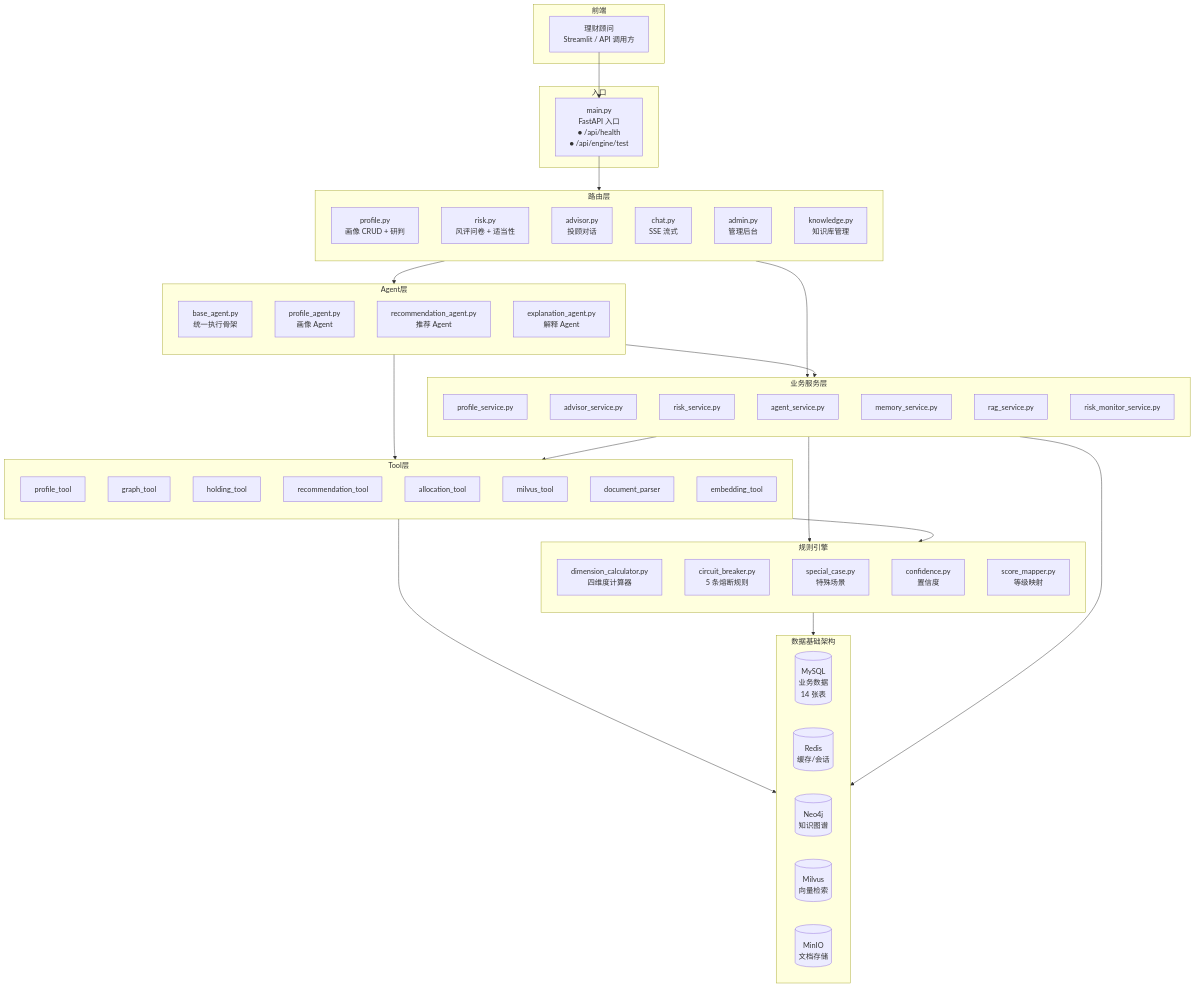
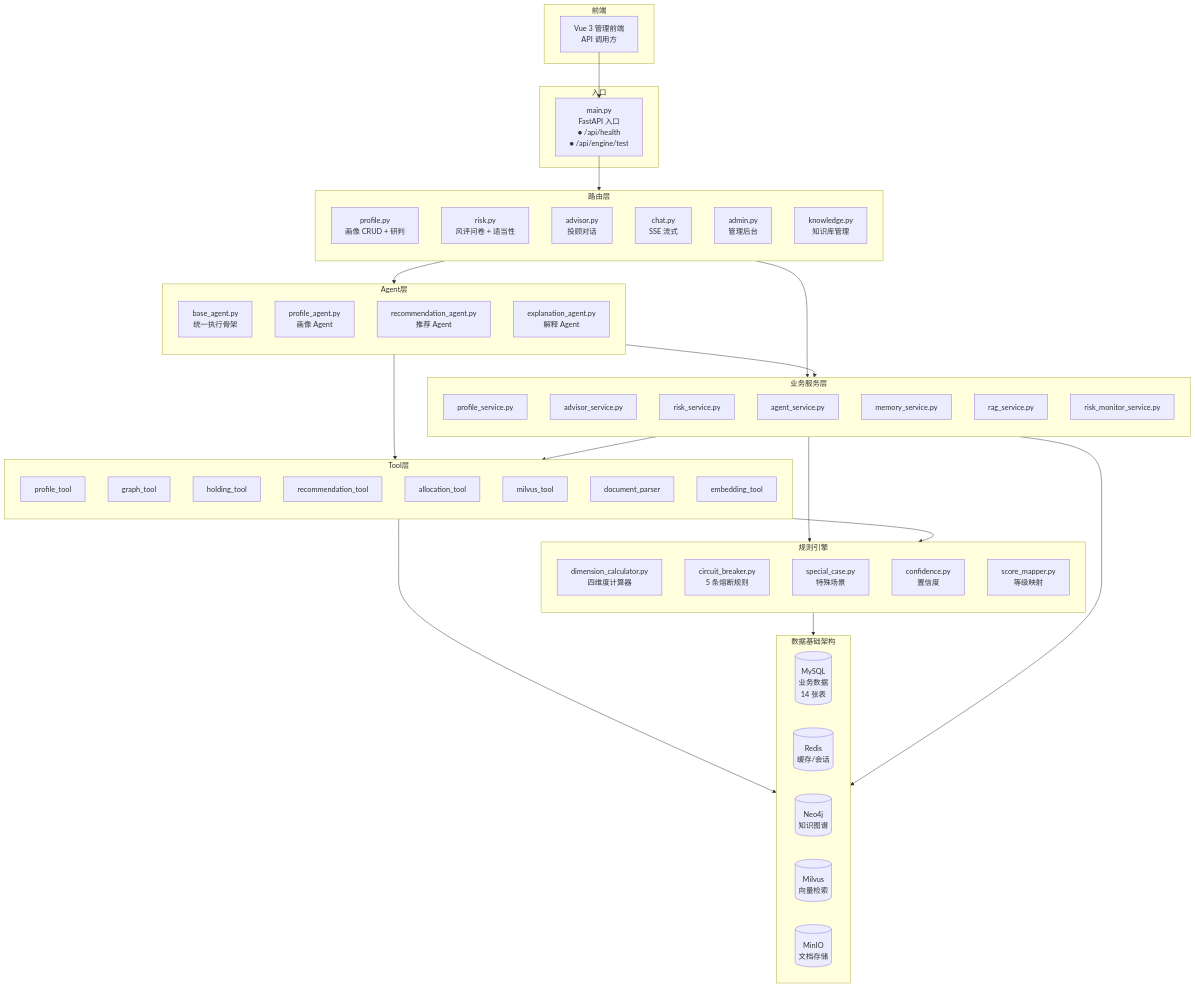
Before and after one commit to lihuitao0704/edu_pro: the first of 12 diagrams in ARCHITECTURE.md, drawn with Mermaid. The commit also changed other lines of this file and 73 other files, not shown here.

````diff
--- a/ARCHITECTURE.md
+++ b/ARCHITECTURE.md
@@ -9,82 +9,82 @@
 ```mermaid
 graph TB
     subgraph 前端
-        UI["理财顾问<br/>Streamlit / API 调用方"]
+        UI["Vue 3 管理前端<br/>API 调用方"]
     end
 
     subgraph 入口
         MAIN["main.py<br/>FastAPI 入口<br/>● /api/health<br/>● /api/engine/test"]
     end
 
     subgraph 路由层
         direction TB
         A1["profile.py<br/>画像 CRUD + 研判"]
         A2["risk.py<br/>风评问卷 + 适当性"]
         A3["advisor.py<br/>投顾对话"]
         A4["chat.py<br/>SSE 流式"]
         A5["admin.py<br/>管理后台"]
         A6["knowledge.py<br/>知识库管理"]
     end
 
     subgraph Agent层
         direction TB
         B1["base_agent.py<br/>统一执行骨架"]
         B2["profile_agent.py<br/>画像 Agent"]
         B3["recommendation_agent.py<br/>推荐 Agent"]
         B4["explanation_agent.py<br/>解释 Agent"]
     end
 
     subgraph 规则引擎
         direction TB
         C1["dimension_calculator.py<br/>四维度计算器"]
         C2["circuit_breaker.py<br/>5 条熔断规则"]
         C3["special_case.py<br/>特殊场景"]
         C4["confidence.py<br/>置信度"]
         C5["score_mapper.py<br/>等级映射"]
     end
 
     subgraph 业务服务层
         direction TB
         D1["profile_service.py"]
         D2["advisor_service.py"]
         D3["risk_service.py"]
         D4["agent_service.py"]
         D5["memory_service.py"]
         D6["rag_service.py"]
         D7["risk_monitor_service.py"]
     end
 
     subgraph Tool层
         direction TB
         E1["profile_tool"]
         E2["graph_tool"]
         E3["holding_tool"]
         E4["recommendation_tool"]
         E5["allocation_tool"]
         E6["milvus_tool"]
         E7["document_parser"]
         E8["embedding_tool"]
     end
 
     subgraph 数据基础架构
         direction LR
         F1[("MySQL<br/>业务数据<br/>14 张表")]
         F2[("Redis<br/>缓存/会话")]
         F3[("Neo4j<br/>知识图谱")]
         F4[("Milvus<br/>向量检索")]
         F5[("MinIO<br/>文档存储")]
     end
 
     UI --> MAIN
     MAIN --> 路由层
     路由层 --> Agent层
     路由层 --> 业务服务层
     Agent层 --> 业务服务层
     Agent层 --> Tool层
     业务服务层 --> Tool层
     业务服务层 --> 规则引擎
     Tool层 --> 规则引擎
     Tool层 --> 数据基础架构
     规则引擎 --> 数据基础架构
     业务服务层 --> 数据基础架构
 ```
````
